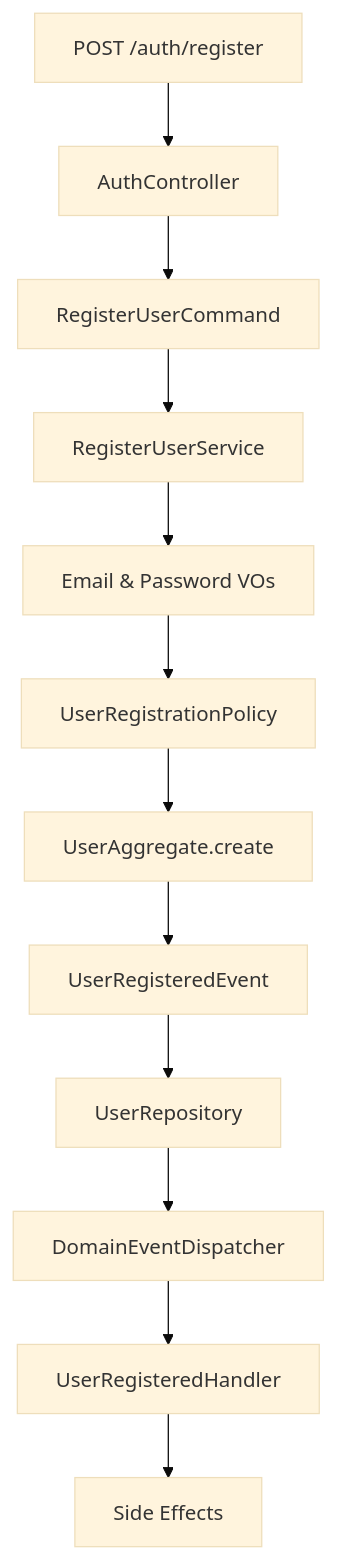
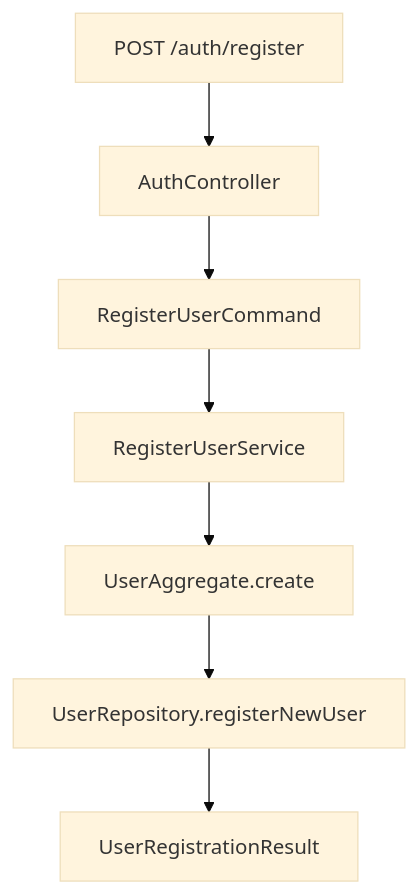
One commit to CodeaBien/codeabien-ddd-demo changed the first of 3 diagrams in README.md. Above: the diagram before and after it, drawn with Mermaid (base theme). The commit also changed other lines of this file and 44 other files, not shown here.

````diff
--- a/README.md
+++ b/README.md
@@ -288,14 +171,9 @@
 ```mermaid
 graph TD
     A[POST /auth/register] --> B[AuthController]
     B --> C[RegisterUserCommand]
     C --> D[RegisterUserService]
-    D --> E[Email & Password VOs]
-    E --> F[UserRegistrationPolicy]
-    F --> G[UserAggregate.create]
-    G --> H[UserRegisteredEvent]
-    H --> I[UserRepository]
-    I --> J[DomainEventDispatcher]
-    J --> K[UserRegisteredHandler]
-    K --> L[Side Effects]
+    D --> E[UserAggregate.create]
+    E --> F[UserRepository.registerNewUser]
+    F --> G[UserRegistrationResult]
 ```
````
